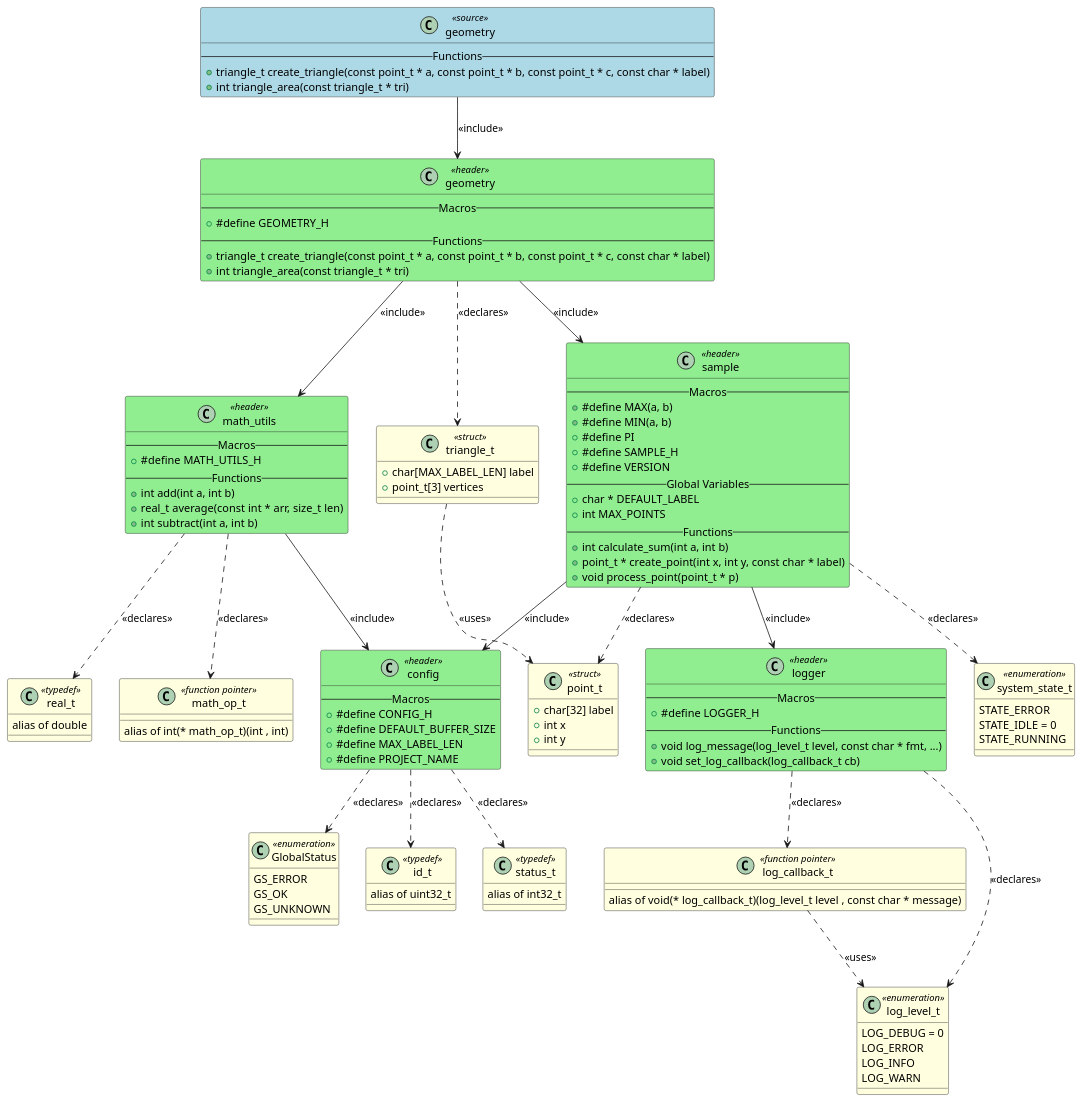
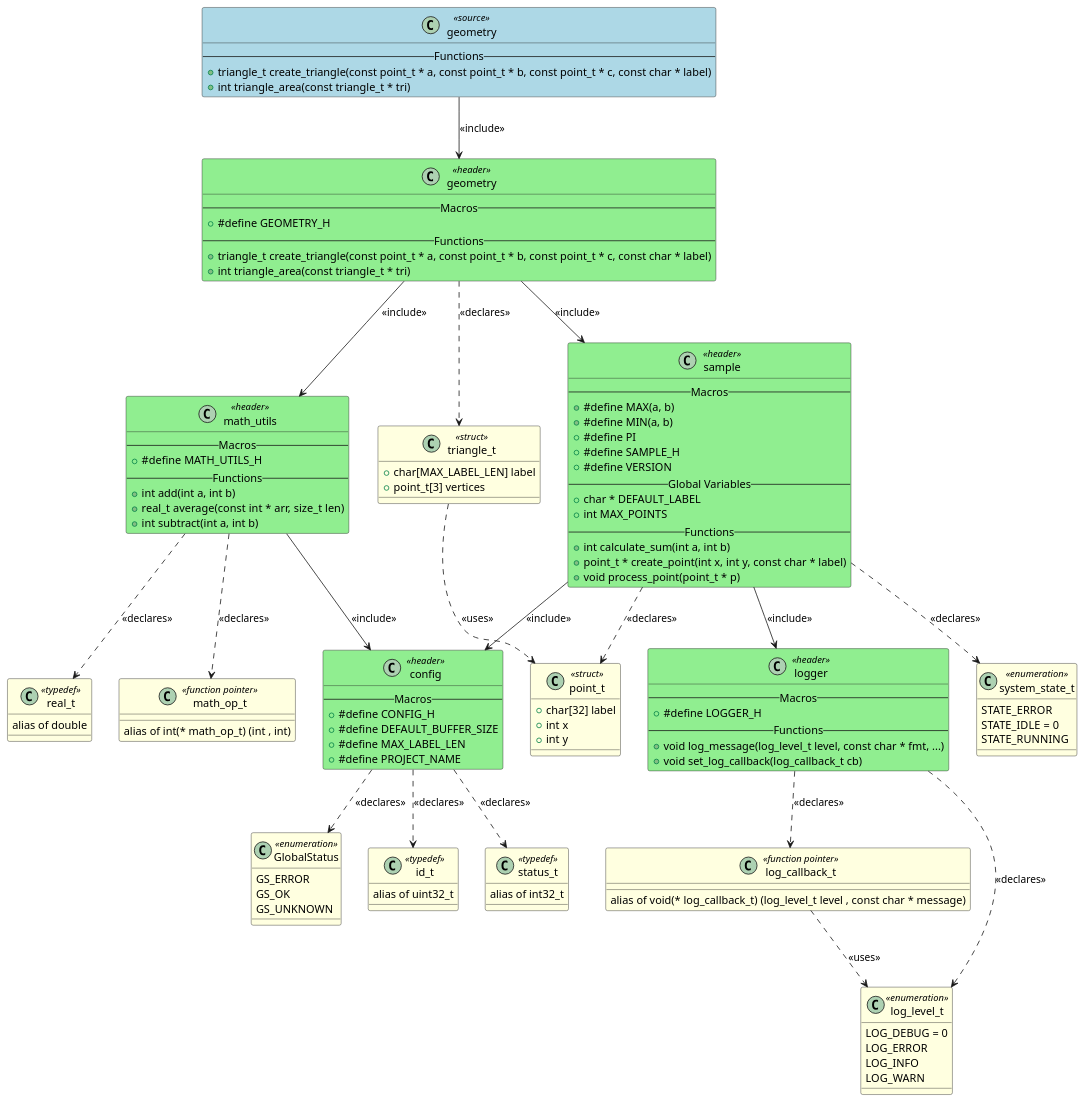
Before and after one commit to fischerjooo/c2puml: the diagram in artifacts/output_example/geometry.puml, drawn with PlantUML. The commit also changed 22 other files, not shown here.

Commit message:
Improve function pointer formatting and spacing in PlantUML generation

```diff
--- a/artifacts/output_example/geometry.puml
+++ b/artifacts/output_example/geometry.puml
@@ -1,149 +1,149 @@
 @startuml geometry
 
 class "geometry" as GEOMETRY <<source>> #LightBlue
 {
     -- Functions --
     + triangle_t create_triangle(const point_t * a, const point_t * b, const point_t * c, const char * label)
     + int triangle_area(const triangle_t * tri)
 }
 
 class "config" as HEADER_CONFIG <<header>> #LightGreen
 {
     -- Macros --
     + #define CONFIG_H
     + #define DEFAULT_BUFFER_SIZE
     + #define MAX_LABEL_LEN
     + #define PROJECT_NAME
 }
 
 class "geometry" as HEADER_GEOMETRY <<header>> #LightGreen
 {
     -- Macros --
     + #define GEOMETRY_H
     -- Functions --
     + triangle_t create_triangle(const point_t * a, const point_t * b, const point_t * c, const char * label)
     + int triangle_area(const triangle_t * tri)
 }
 
 class "logger" as HEADER_LOGGER <<header>> #LightGreen
 {
     -- Macros --
     + #define LOGGER_H
     -- Functions --
     + void log_message(log_level_t level, const char * fmt, ...)
     + void set_log_callback(log_callback_t cb)
 }
 
 class "math_utils" as HEADER_MATH_UTILS <<header>> #LightGreen
 {
     -- Macros --
     + #define MATH_UTILS_H
     -- Functions --
     + int add(int a, int b)
     + real_t average(const int * arr, size_t len)
     + int subtract(int a, int b)
 }
 
 class "sample" as HEADER_SAMPLE <<header>> #LightGreen
 {
     -- Macros --
     + #define MAX(a, b)
     + #define MIN(a, b)
     + #define PI
     + #define SAMPLE_H
     + #define VERSION
     -- Global Variables --
     + char * DEFAULT_LABEL
     + int MAX_POINTS
     -- Functions --
     + int calculate_sum(int a, int b)
     + point_t * create_point(int x, int y, const char * label)
     + void process_point(point_t * p)
 }
 
 class "GlobalStatus" as TYPEDEF_GLOBALSTATUS <<enumeration>> #LightYellow
 {
     GS_ERROR
     GS_OK
     GS_UNKNOWN
 }
 
 class "id_t" as TYPEDEF_ID_T <<typedef>> #LightYellow
 {
     alias of uint32_t
 }
 
 class "status_t" as TYPEDEF_STATUS_T <<typedef>> #LightYellow
 {
     alias of int32_t
 }
 
 class "triangle_t" as TYPEDEF_TRIANGLE_T <<struct>> #LightYellow
 {
     + char[MAX_LABEL_LEN] label
     + point_t[3] vertices
 }
 
 class "log_level_t" as TYPEDEF_LOG_LEVEL_T <<enumeration>> #LightYellow
 {
     LOG_DEBUG = 0
     LOG_ERROR
     LOG_INFO
     LOG_WARN
 }
 
 class "log_callback_t" as TYPEDEF_LOG_CALLBACK_T <<function pointer>> #LightYellow
 {
-    alias of void(* log_callback_t)(log_level_t level , const char * message)
+    alias of void(* log_callback_t) (log_level_t level , const char * message)
 }
 
 class "math_op_t" as TYPEDEF_MATH_OP_T <<function pointer>> #LightYellow
 {
-    alias of int(* math_op_t)(int , int)
+    alias of int(* math_op_t) (int , int)
 }
 
 class "real_t" as TYPEDEF_REAL_T <<typedef>> #LightYellow
 {
     alias of double
 }
 
 class "point_t" as TYPEDEF_POINT_T <<struct>> #LightYellow
 {
     + char[32] label
     + int x
     + int y
 }
 
 class "system_state_t" as TYPEDEF_SYSTEM_STATE_T <<enumeration>> #LightYellow
 {
     STATE_ERROR
     STATE_IDLE = 0
     STATE_RUNNING
 }
 
 
 ' Include relationships
 GEOMETRY --> HEADER_GEOMETRY : <<include>>
 HEADER_GEOMETRY --> HEADER_MATH_UTILS : <<include>>
 HEADER_GEOMETRY --> HEADER_SAMPLE : <<include>>
 HEADER_MATH_UTILS --> HEADER_CONFIG : <<include>>
 HEADER_SAMPLE --> HEADER_CONFIG : <<include>>
 HEADER_SAMPLE --> HEADER_LOGGER : <<include>>
 
 ' Declaration relationships
 HEADER_CONFIG ..> TYPEDEF_GLOBALSTATUS : <<declares>>
 HEADER_CONFIG ..> TYPEDEF_ID_T : <<declares>>
 HEADER_CONFIG ..> TYPEDEF_STATUS_T : <<declares>>
 HEADER_GEOMETRY ..> TYPEDEF_TRIANGLE_T : <<declares>>
 HEADER_LOGGER ..> TYPEDEF_LOG_LEVEL_T : <<declares>>
 HEADER_LOGGER ..> TYPEDEF_LOG_CALLBACK_T : <<declares>>
 HEADER_MATH_UTILS ..> TYPEDEF_MATH_OP_T : <<declares>>
 HEADER_MATH_UTILS ..> TYPEDEF_REAL_T : <<declares>>
 HEADER_SAMPLE ..> TYPEDEF_POINT_T : <<declares>>
 HEADER_SAMPLE ..> TYPEDEF_SYSTEM_STATE_T : <<declares>>
 
 ' Uses relationships
 TYPEDEF_TRIANGLE_T ..> TYPEDEF_POINT_T : <<uses>>
 TYPEDEF_LOG_CALLBACK_T ..> TYPEDEF_LOG_LEVEL_T : <<uses>>
 
 @enduml
```
